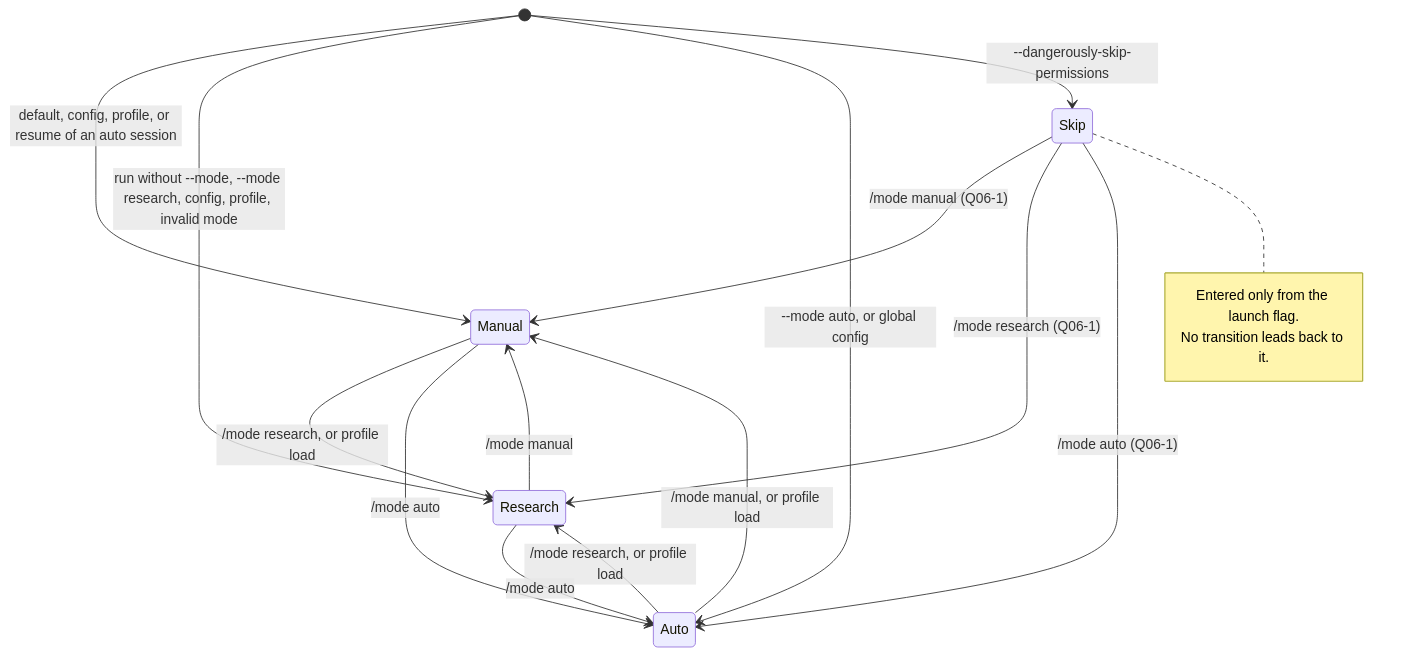
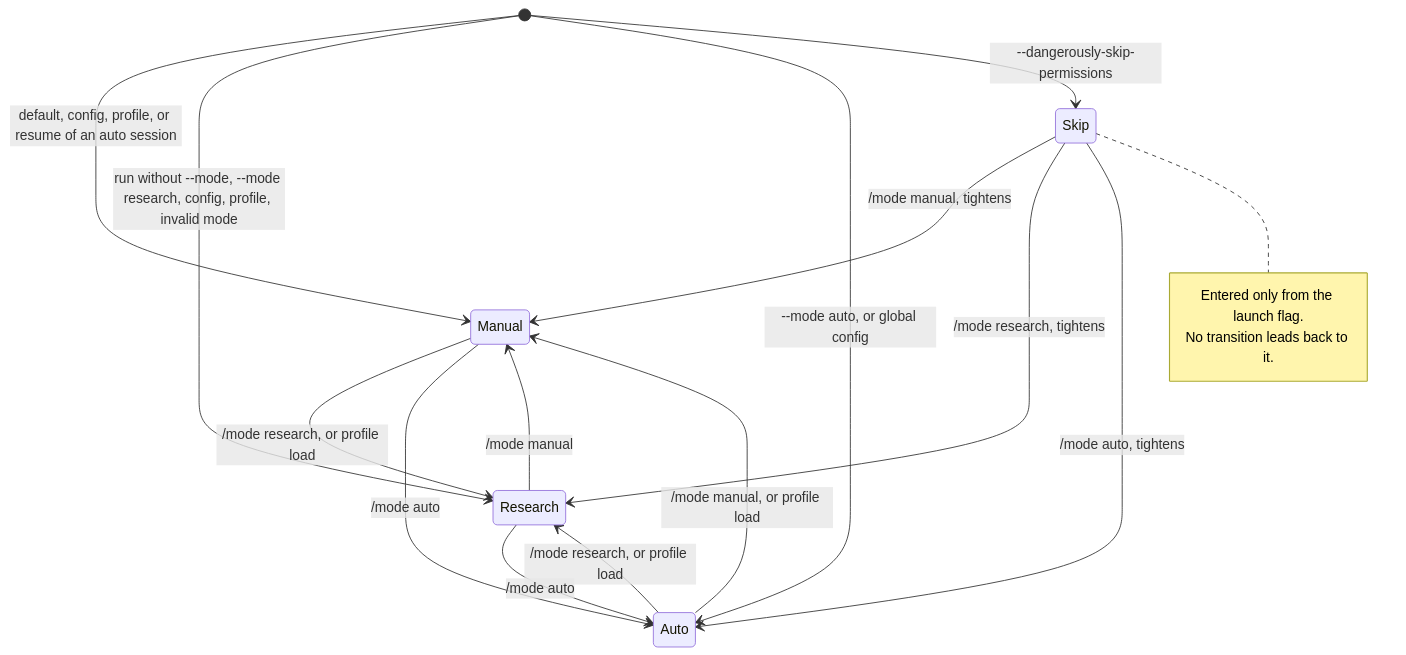
One commit to Dakshnagpal/antai-agent changed diagram 24 of 30 in docs/Deliverables/06_domain_model_uml.md. Above: the diagram before and after it, drawn with Mermaid. The commit also changed other lines of this file and 18 other files, not shown here.

````diff
--- a/docs/Deliverables/06_domain_model_uml.md
+++ b/docs/Deliverables/06_domain_model_uml.md
@@ -1818,20 +1843,20 @@
 ```mermaid
 stateDiagram-v2
     [*] --> Manual : default, config, profile, or resume of an auto session
     [*] --> Research : run without --mode, --mode research, config, profile, invalid mode
     [*] --> Auto : --mode auto, or global config
     [*] --> Skip : --dangerously-skip-permissions
     Manual --> Research : /mode research, or profile load
     Research --> Manual : /mode manual
     Manual --> Auto : /mode auto
     Auto --> Manual : /mode manual, or profile load
     Auto --> Research : /mode research, or profile load
     Research --> Auto : /mode auto
-    Skip --> Manual : /mode manual (Q06-1)
-    Skip --> Research : /mode research (Q06-1)
-    Skip --> Auto : /mode auto (Q06-1)
+    Skip --> Manual : /mode manual, tightens
+    Skip --> Research : /mode research, tightens
+    Skip --> Auto : /mode auto, tightens
     note right of Skip
         Entered only from the launch flag.
         No transition leads back to it.
     end note
 ```
````
